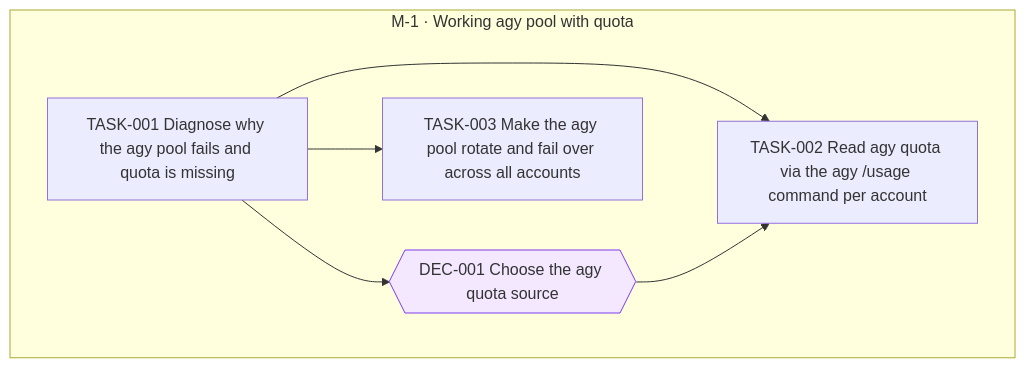
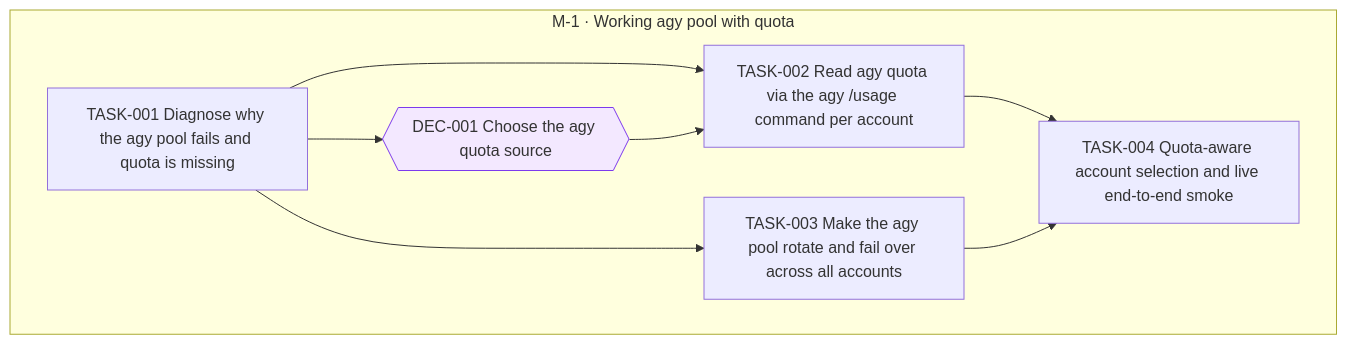
The diagram in goals/agy-pool/README.md (jesusvillota/shunt), drawn with Mermaid before and after one commit. The commit also changed 1 other file, not shown here.

Commit message:
goal(agy-pool): add TASK-004 Quota-aware account selection and live end-to-end smoke

````diff
--- a/goals/agy-pool/README.md
+++ b/goals/agy-pool/README.md
@@ -19,17 +19,20 @@
 ```mermaid
 flowchart TD
   subgraph M_1["M-1 · Working agy pool with quota"]
     DEC_001{{"DEC-001 Choose the agy quota source"}}
     TASK_001["TASK-001 Diagnose why the agy pool fails and quota is missing"]
     TASK_002["TASK-002 Read agy quota via the agy /usage command per account"]
     TASK_003["TASK-003 Make the agy pool rotate and fail over across all accounts"]
+    TASK_004["TASK-004 Quota-aware account selection and live end-to-end smoke"]
   end
   TASK_001 --> DEC_001
   TASK_001 --> TASK_002
   DEC_001 --> TASK_002
   TASK_001 --> TASK_003
+  TASK_002 --> TASK_004
+  TASK_003 --> TASK_004
   classDef draft stroke-dasharray: 4 3
   classDef cancelled opacity:0.45
   classDef decision fill:#f3e8ff,stroke:#7c3aed
   class DEC_001 decision
 ```
````
